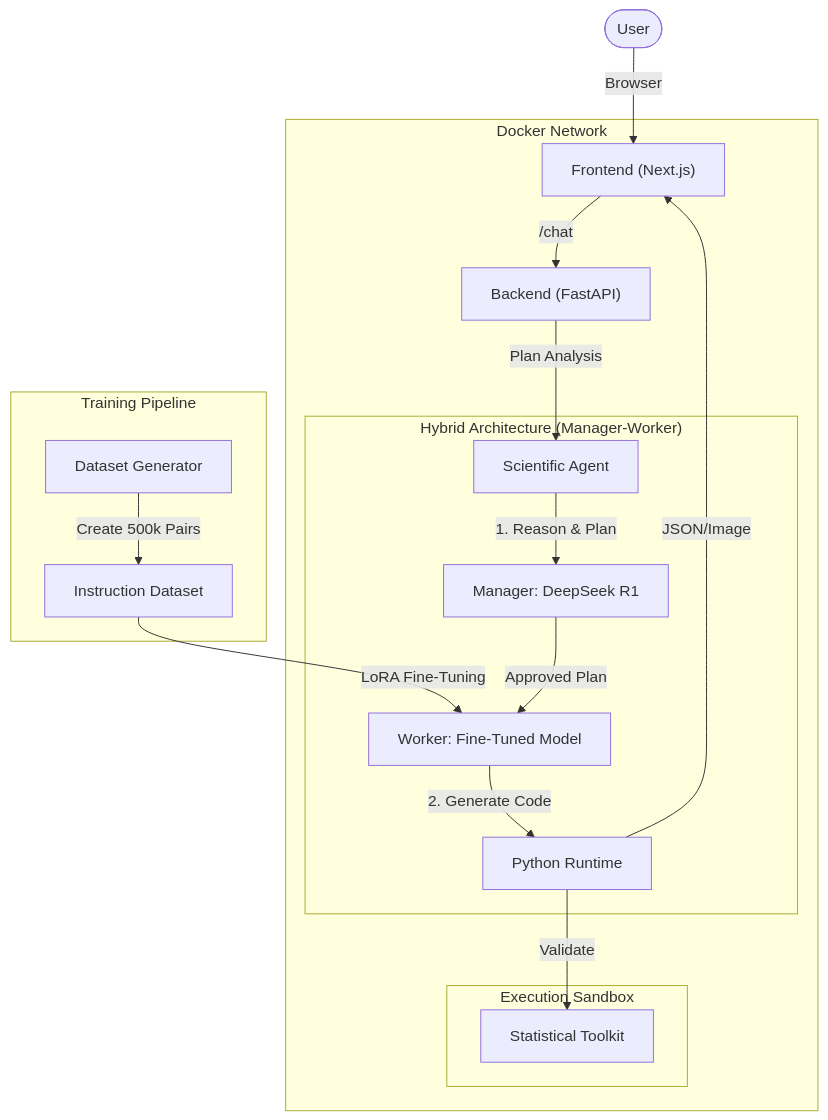
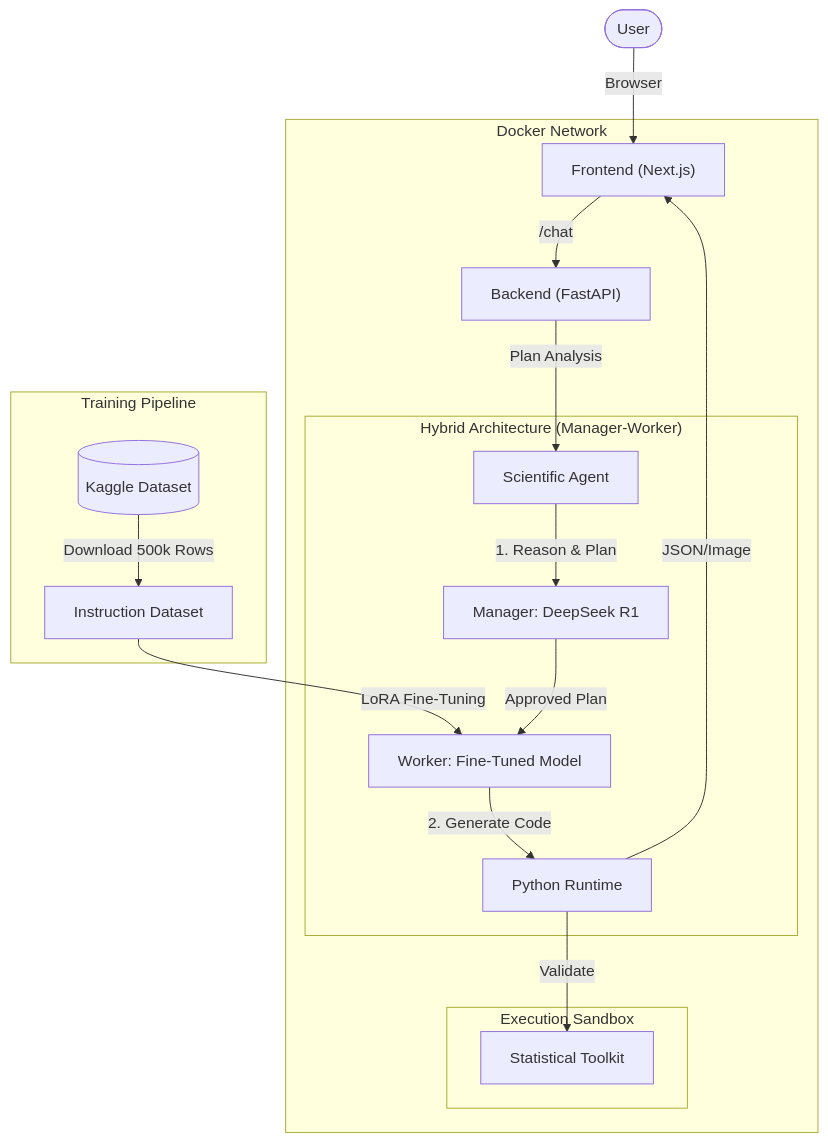
Before and after one commit to Aniket-a14/Wizard-w1: the diagram in Readme.md, drawn with Mermaid. The commit also changed other lines of this file and 2 other files, not shown here.

Commit message:
update: changes in agent excecution

````diff
--- a/Readme.md
+++ b/Readme.md
@@ -71,27 +71,27 @@
 ```mermaid
 graph TD
     User([User]) -->|Browser| FE["Frontend (Next.js)"]
     
     subgraph "Docker Network"
         FE -->|/chat| API["Backend (FastAPI)"]
         
         API -->|Plan Analysis| Agent[Scientific Agent]
         
         subgraph "Hybrid Architecture (Manager-Worker)"
             Agent -->|1. Reason & Plan| BigBrain["Manager: DeepSeek R1"]
             BigBrain -->|Approved Plan| Worker["Worker: Fine-Tuned Model"]
             Worker -->|2. Generate Code| Code[Python Runtime]
         end
         
         subgraph "Execution Sandbox"
             Code -->|Validate| Stats[Statistical Toolkit]
         end
     end
     
     subgraph "Training Pipeline"
-        DG[Dataset Generator] -->|Create 500k Pairs| Train[Instruction Dataset]
+        Kaggle[(Kaggle Dataset)] -->|Download 500k Rows| Train[Instruction Dataset]
         Train -->|LoRA Fine-Tuning| Worker
     end
     
     Code -->|JSON/Image| FE
 ```
````
